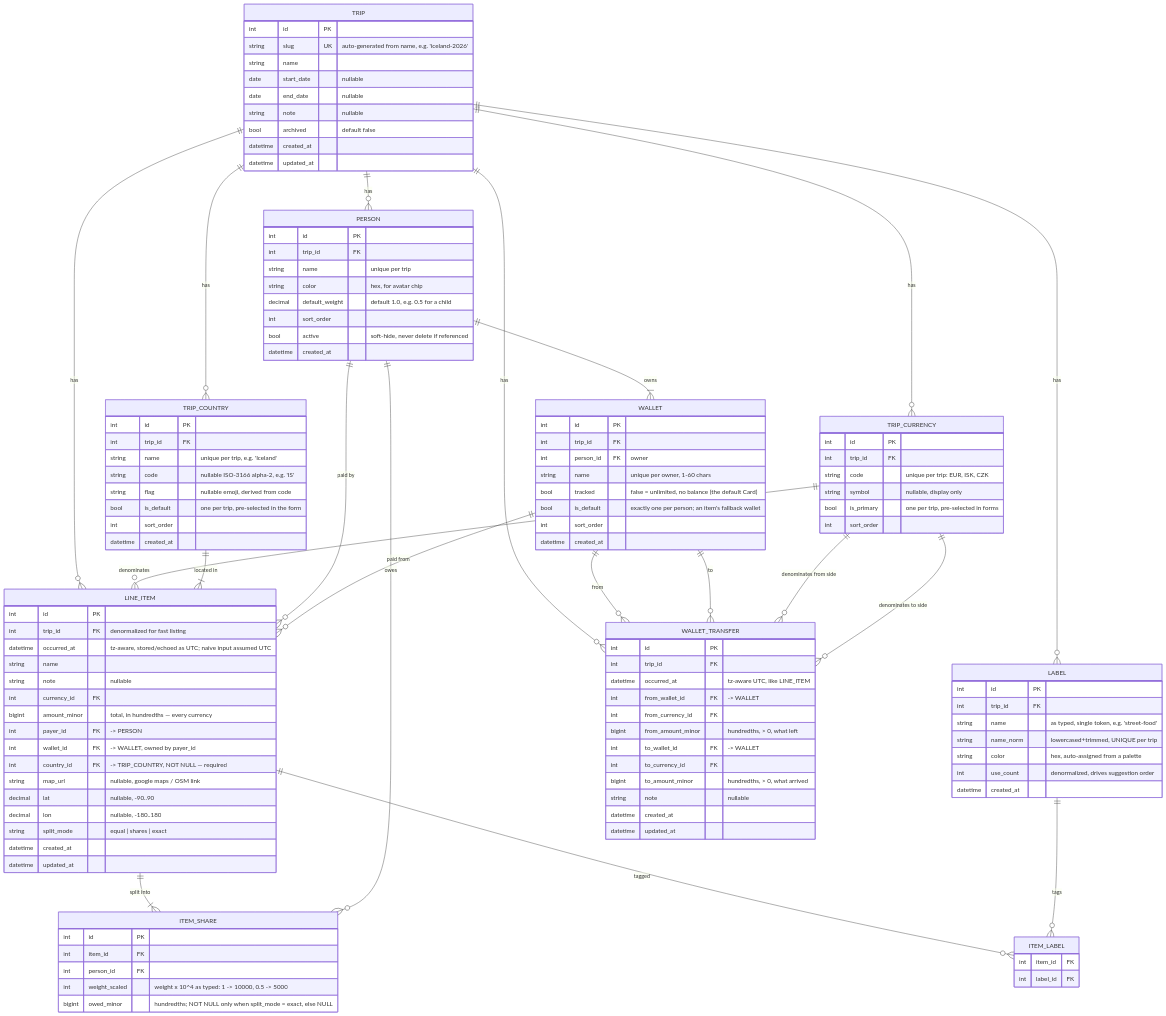
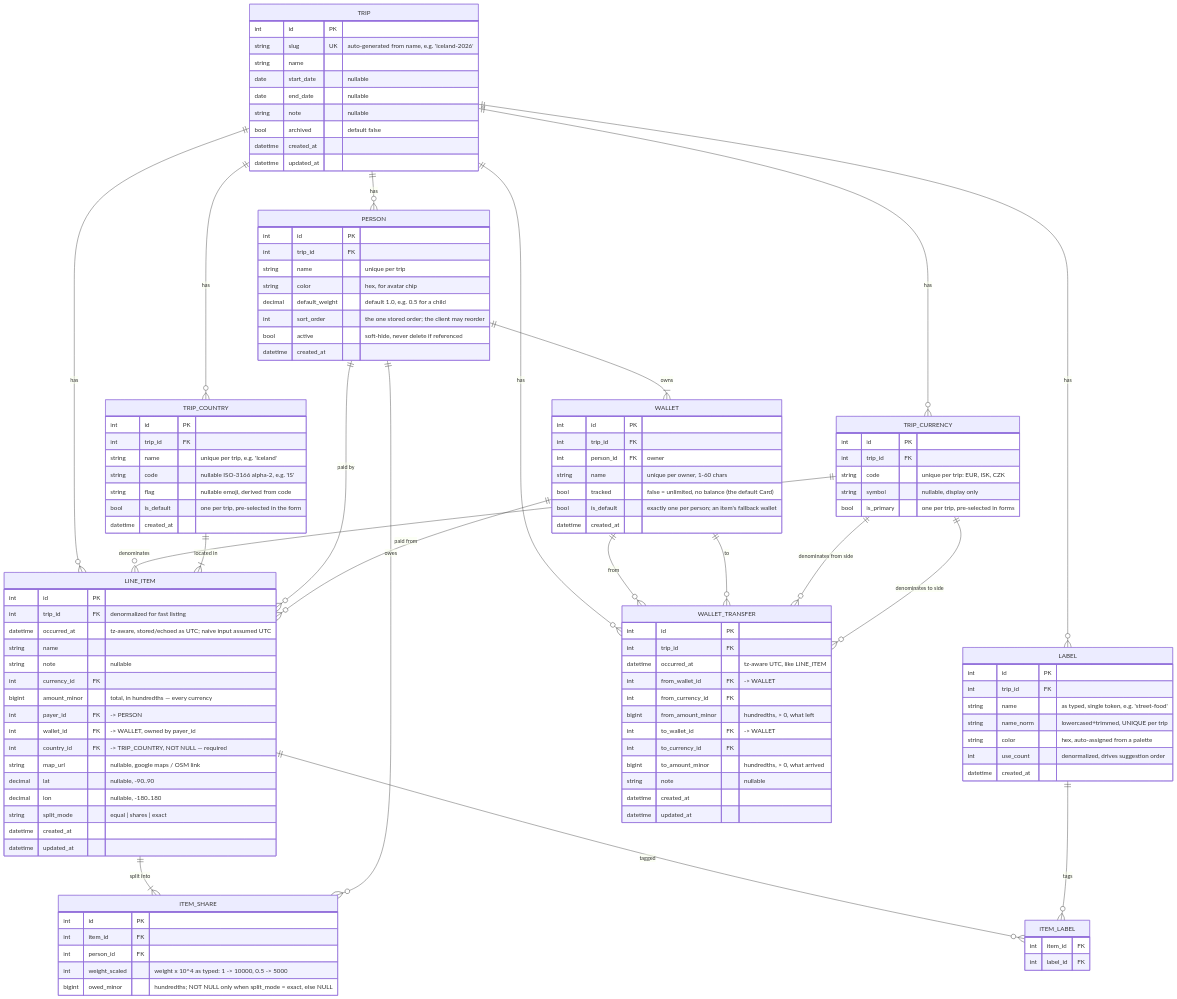
Before and after one commit to pehala/tripaccounter: the diagram in design/ERD.md, drawn with Mermaid. The commit also changed other lines of this file and 36 other files, not shown here.

```diff
--- a/design/ERD.md
+++ b/design/ERD.md
@@ -51,7 +51,7 @@
         string   name "unique per trip"
         string   color "hex, for avatar chip"
         decimal  default_weight "default 1.0, e.g. 0.5 for a child"
-        int      sort_order
+        int      sort_order "the one stored order; the client may reorder"
         bool     active "soft-hide, never delete if referenced"
         datetime created_at
     }
@@ -62,7 +62,6 @@
         string   code "unique per trip: EUR, ISK, CZK"
         string   symbol "nullable, display only"
         bool     is_primary "one per trip, pre-selected in forms"
-        int      sort_order
     }
 
     TRIP_COUNTRY {
@@ -72,7 +71,6 @@
         string   code "nullable ISO-3166 alpha-2, e.g. 'IS'"
         string   flag "nullable emoji, derived from code"
         bool     is_default "one per trip, pre-selected in the form"
-        int      sort_order
         datetime created_at
     }
 
@@ -125,7 +123,6 @@
         string   name "unique per owner, 1-60 chars"
         bool     tracked "false = unlimited, no balance (the default Card)"
         bool     is_default "exactly one per person; an item's fallback wallet"
-        int      sort_order
         datetime created_at
     }
 
```
